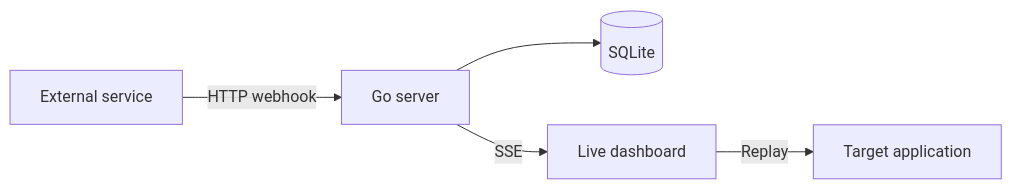
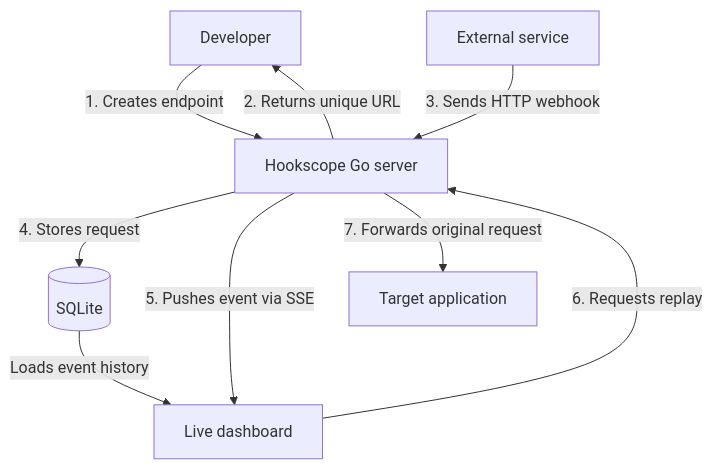
Before and after one commit to Felipyan19/webhook-inspector-go: the diagram in README.md, drawn with Mermaid. The commit also changed other lines of this file, not shown here.

Commit message:
docs: improve architecture diagram

````diff
--- a/README.md
+++ b/README.md
@@ -63,7 +63,11 @@
 ```mermaid
-flowchart LR
-    A[External service] -->|HTTP webhook| B[Go server]
-    B --> C[(SQLite)]
-    B -->|SSE| D[Live dashboard]
-    D -->|Replay| E[Target application]
+flowchart TD
+    U[Developer] -->|1. Creates endpoint| API[Hookscope Go server]
+    API -->|2. Returns unique URL| U
+    X[External service] -->|3. Sends HTTP webhook| API
+    API -->|4. Stores request| DB[(SQLite)]
+    API -->|5. Pushes event via SSE| UI[Live dashboard]
+    DB -->|Loads event history| UI
+    UI -->|6. Requests replay| API
+    API -->|7. Forwards original request| T[Target application]
 ```
````
